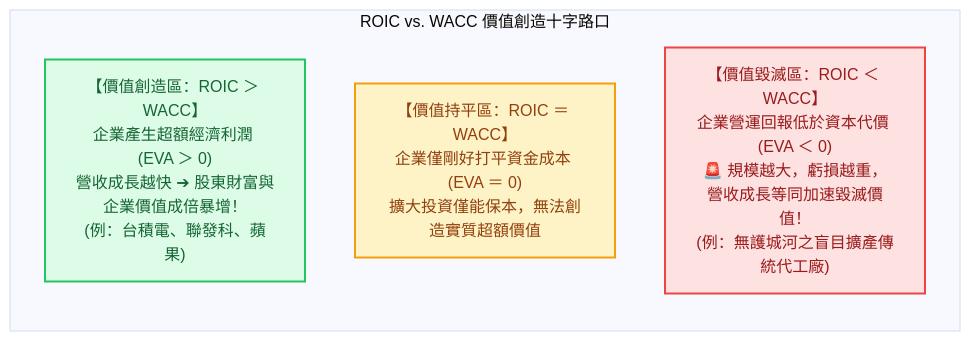
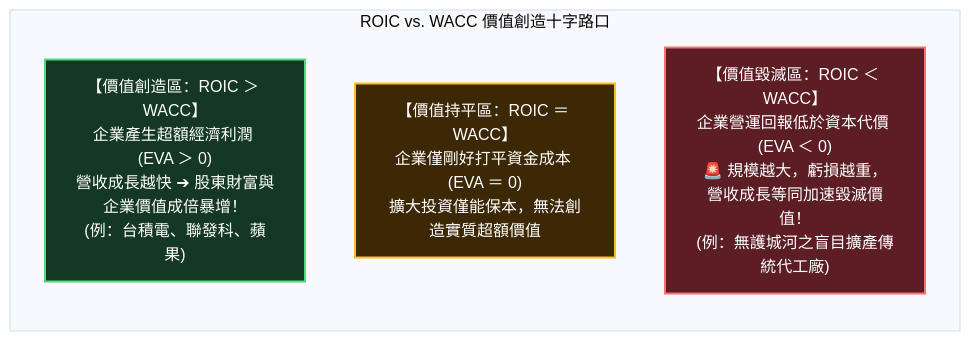
Before and after one commit to Jimlin0428/my-digital-garden: the first of 2 diagrams in src/site/notes/98_商業概念庫/ROIC_投入資本報酬率 Return on Invested Capital.md, drawn with Mermaid (base theme). The commit also changed other lines of this file and 58 other files, not shown here.

````diff
--- a/src/site/notes/98_商業概念庫/ROIC_投入資本報酬率 Return on Invested Capital.md
+++ b/src/site/notes/98_商業概念庫/ROIC_投入資本報酬率 Return on Invested Capital.md
@@ -24,14 +24,14 @@
 ```mermaid
 flowchart LR
     subgraph ROIC_vs_WACC ["ROIC vs. WACC 價值創造十字路口"]
         SpreadPos["【價值創造區：ROIC ＞ WACC】<br>企業產生超額經濟利潤 (EVA ＞ 0)<br>營收成長越快 ➔ 股東財富與企業價值成倍暴增！<br>(例：台積電、聯發科、蘋果)"]
         
         SpreadZero["【價值持平區：ROIC ＝ WACC】<br>企業僅剛好打平資金成本 (EVA ＝ 0)<br>擴大投資僅能保本，無法創造實質超額價值"]
         
         SpreadNeg["【價值毀滅區：ROIC ＜ WACC】<br>企業營運回報低於資本代價 (EVA ＜ 0)<br>🚨 規模越大，虧損越重，營收成長等同加速毀滅價值！<br>(例：無護城河之盲目擴產傳統代工廠)"]
     end
 
-    style SpreadPos fill:#dcfce7,stroke:#22c55e,stroke-width:2px,color:#166534
-    style SpreadZero fill:#fef3c7,stroke:#f59e0b,stroke-width:2px,color:#92400e
-    style SpreadNeg fill:#fee2e2,stroke:#ef4444,stroke-width:2px,color:#991b1b
+    style SpreadPos fill:#143823,stroke:#4ade80,stroke-width:2px,color:#ffffff
+    style SpreadZero fill:#3d2806,stroke:#fbbf24,stroke-width:2px,color:#ffffff
+    style SpreadNeg fill:#5c1d24,stroke:#f87171,stroke-width:2px,color:#ffffff
 ```
````
